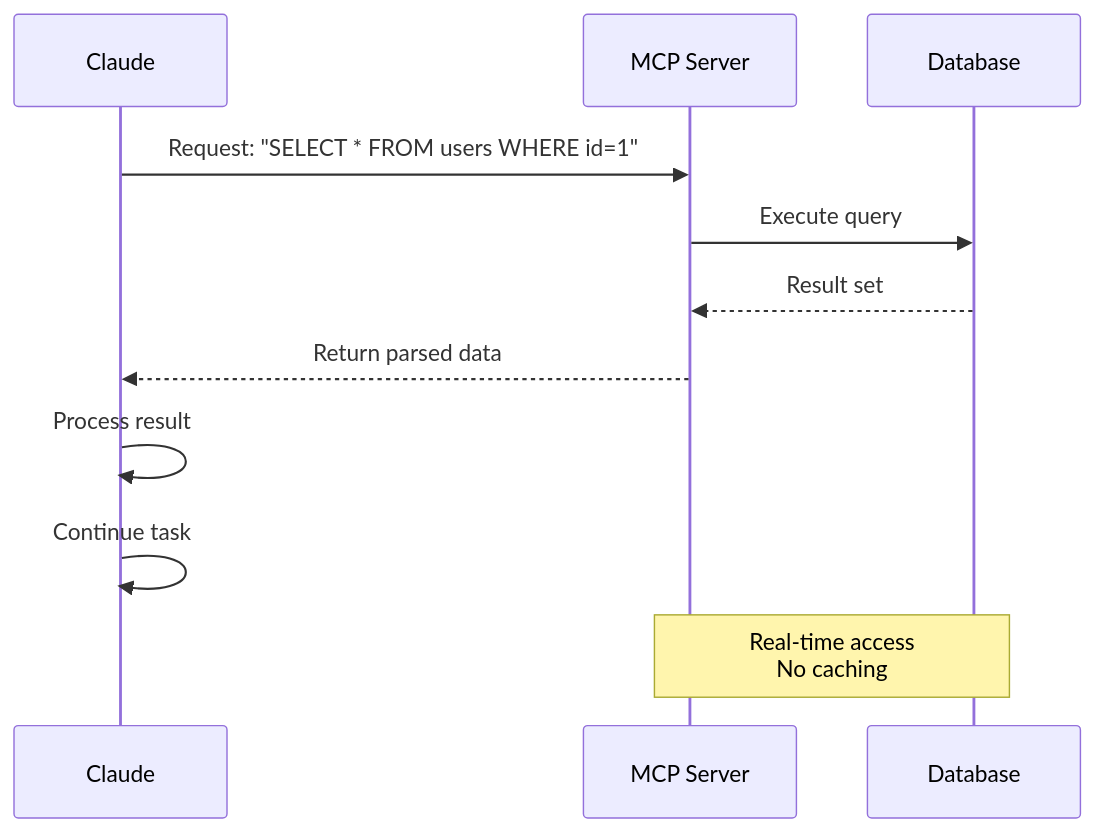
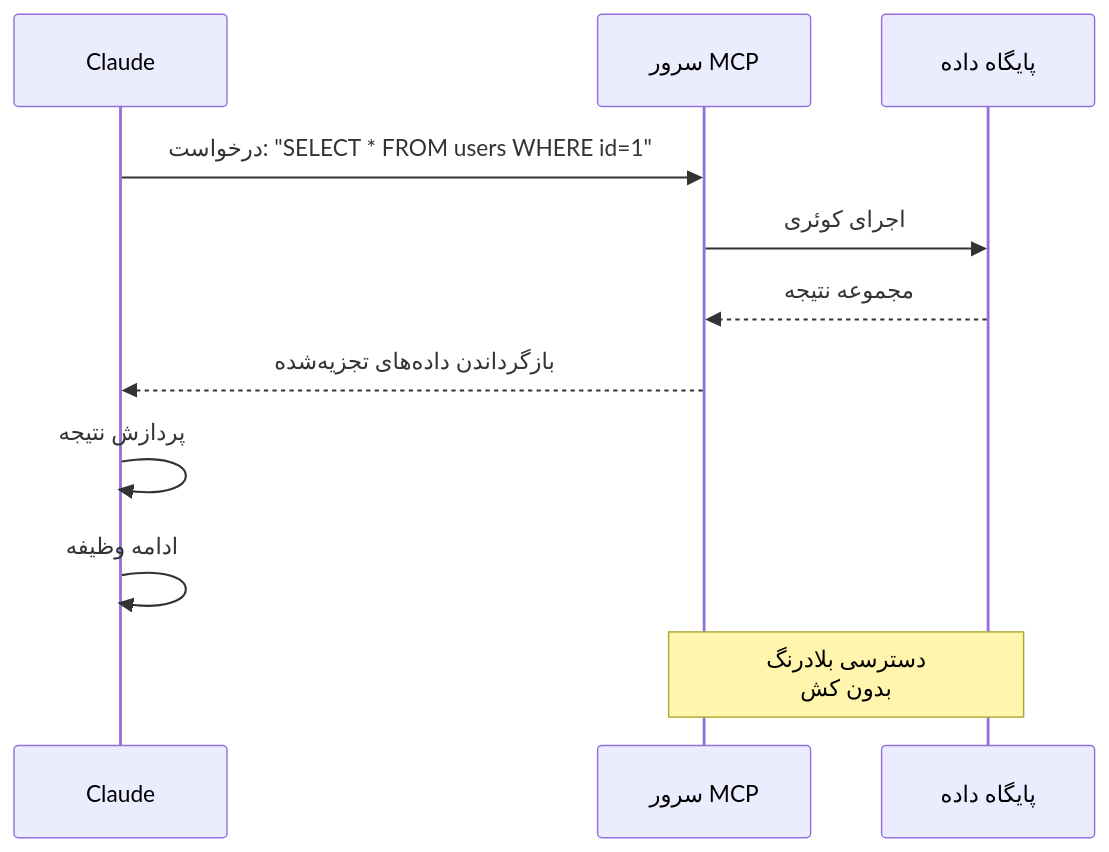
The fifth of 7 diagrams in fa/05-mcp/README.md (hassanbht/claude-howto), drawn with Mermaid before and after one commit. The commit also changed other lines of this file and 53 other files, not shown here.

````diff
--- a/fa/05-mcp/README.md
+++ b/fa/05-mcp/README.md
@@ -734,15 +743,15 @@
 ```mermaid
 sequenceDiagram
     participant App as Claude
-    participant MCP as MCP Server
-    participant DB as Database
+    participant MCP as سرور MCP
+    participant DB as پایگاه داده
 
-    App->>MCP: Request: "SELECT * FROM users WHERE id=1"
-    MCP->>DB: Execute query
-    DB-->>MCP: Result set
-    MCP-->>App: Return parsed data
-    App->>App: Process result
-    App->>App: Continue task
+    App->>MCP: درخواست: "SELECT * FROM users WHERE id=1"
+    MCP->>DB: اجرای کوئری
+    DB-->>MCP: مجموعه نتیجه
+    MCP-->>App: بازگرداندن داده‌های تجزیه‌شده
+    App->>App: پردازش نتیجه
+    App->>App: ادامه وظیفه
 
-    Note over MCP,DB: Real-time access<br/>No caching
+    Note over MCP,DB: دسترسی بلادرنگ<br/>بدون کش
 ```
````
